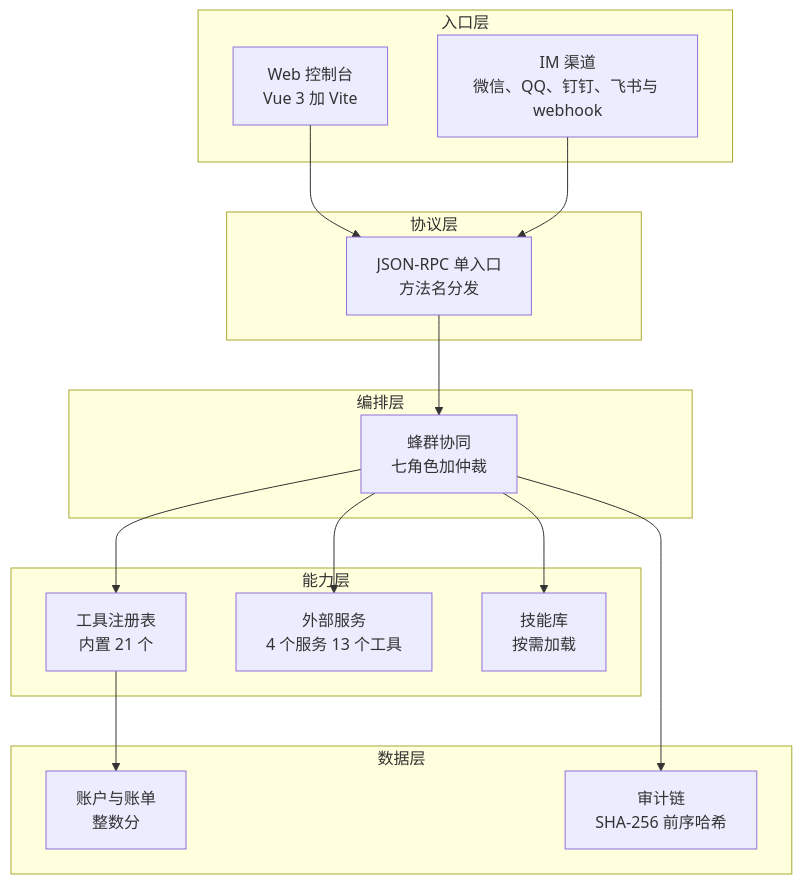
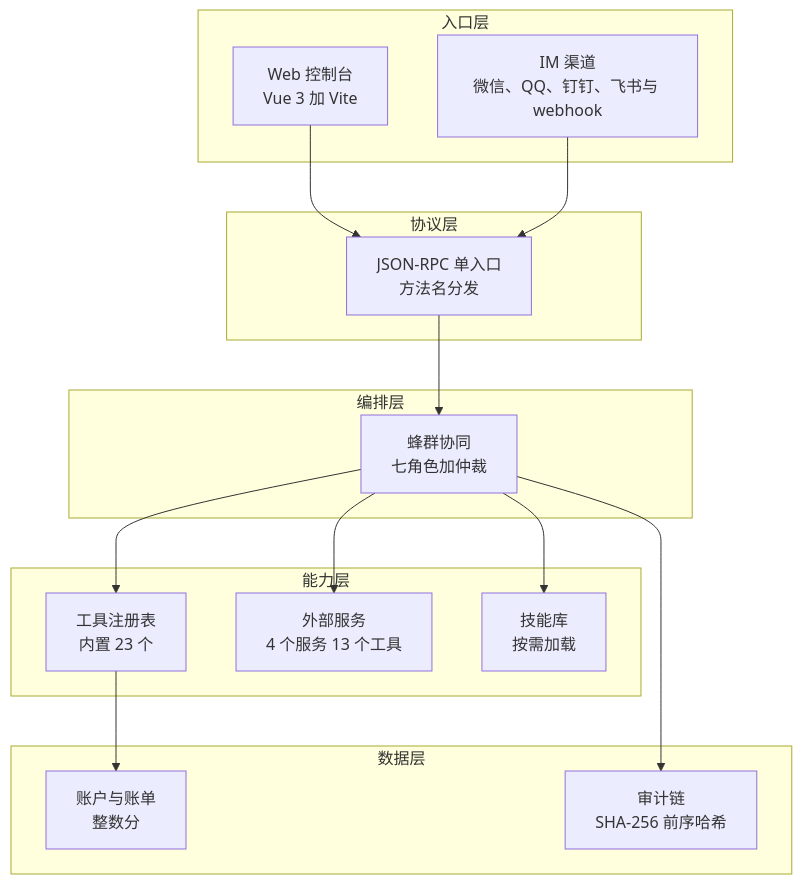
One commit to MakeBlackSheepGreat/CordiBank changed the first of 5 diagrams in docs/02-技术文档.md. Above: the diagram before and after it, drawn with Mermaid. The commit also changed 11 other files, not shown here.

````diff
--- a/docs/02-技术文档.md
+++ b/docs/02-技术文档.md
@@ -13,30 +13,30 @@
 ```mermaid
 flowchart TB
   subgraph L1["入口层"]
     WEB["Web 控制台<br/>Vue 3 加 Vite"]
     IM["IM 渠道<br/>微信、QQ、钉钉、飞书与 webhook"]
   end
   subgraph L2["协议层"]
     RPC["JSON-RPC 单入口<br/>方法名分发"]
   end
   subgraph L3["编排层"]
     SWARM["蜂群协同<br/>七角色加仲裁"]
   end
   subgraph L4["能力层"]
-    TOOLS["工具注册表<br/>内置 21 个"]
+    TOOLS["工具注册表<br/>内置 23 个"]
     MCP["外部服务<br/>4 个服务 13 个工具"]
     SKILL["技能库<br/>按需加载"]
   end
   subgraph L5["数据层"]
     STATE["账户与账单<br/>整数分"]
     AUDIT["审计链<br/>SHA-256 前序哈希"]
   end
   WEB --> RPC
   IM --> RPC
   RPC --> SWARM
   SWARM --> TOOLS
   SWARM --> MCP
   SWARM --> SKILL
   TOOLS --> STATE
   SWARM --> AUDIT
 ```
````
